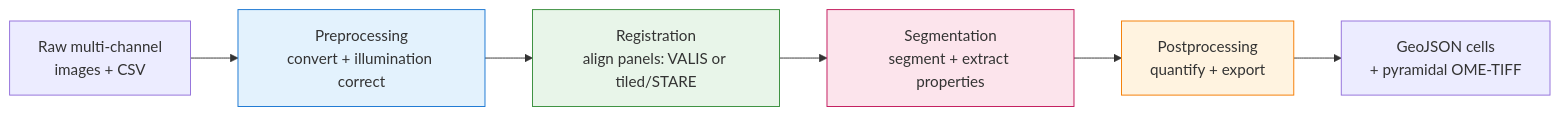
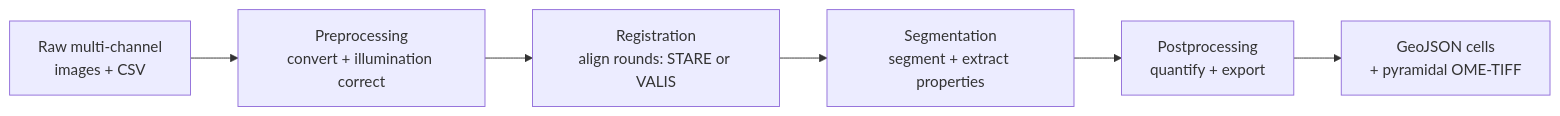
One commit to sceriff0/mirage changed the diagram in docs/usage.md. Above: the diagram before and after it, drawn with Mermaid. The commit also changed other lines of this file and 22 other files, not shown here.

````diff
--- a/docs/usage.md
+++ b/docs/usage.md
@@ -16,12 +17,8 @@
 ```mermaid
 flowchart LR
     A[Raw multi-channel<br/>images + CSV] --> B[Preprocessing<br/>convert + illumination correct]
-    B --> C[Registration<br/>align panels: VALIS or tiled/STARE]
+    B --> C[Registration<br/>align rounds: STARE or VALIS]
     C --> D[Segmentation<br/>segment + extract properties]
     D --> E[Postprocessing<br/>quantify + export]
     E --> F[GeoJSON cells<br/>+ pyramidal OME-TIFF]
-    style B fill:#e3f2fd,stroke:#1976d2
-    style C fill:#e8f5e9,stroke:#388e3c
-    style D fill:#fce4ec,stroke:#c2185b
-    style E fill:#fff3e0,stroke:#f57c00
 ```
````
